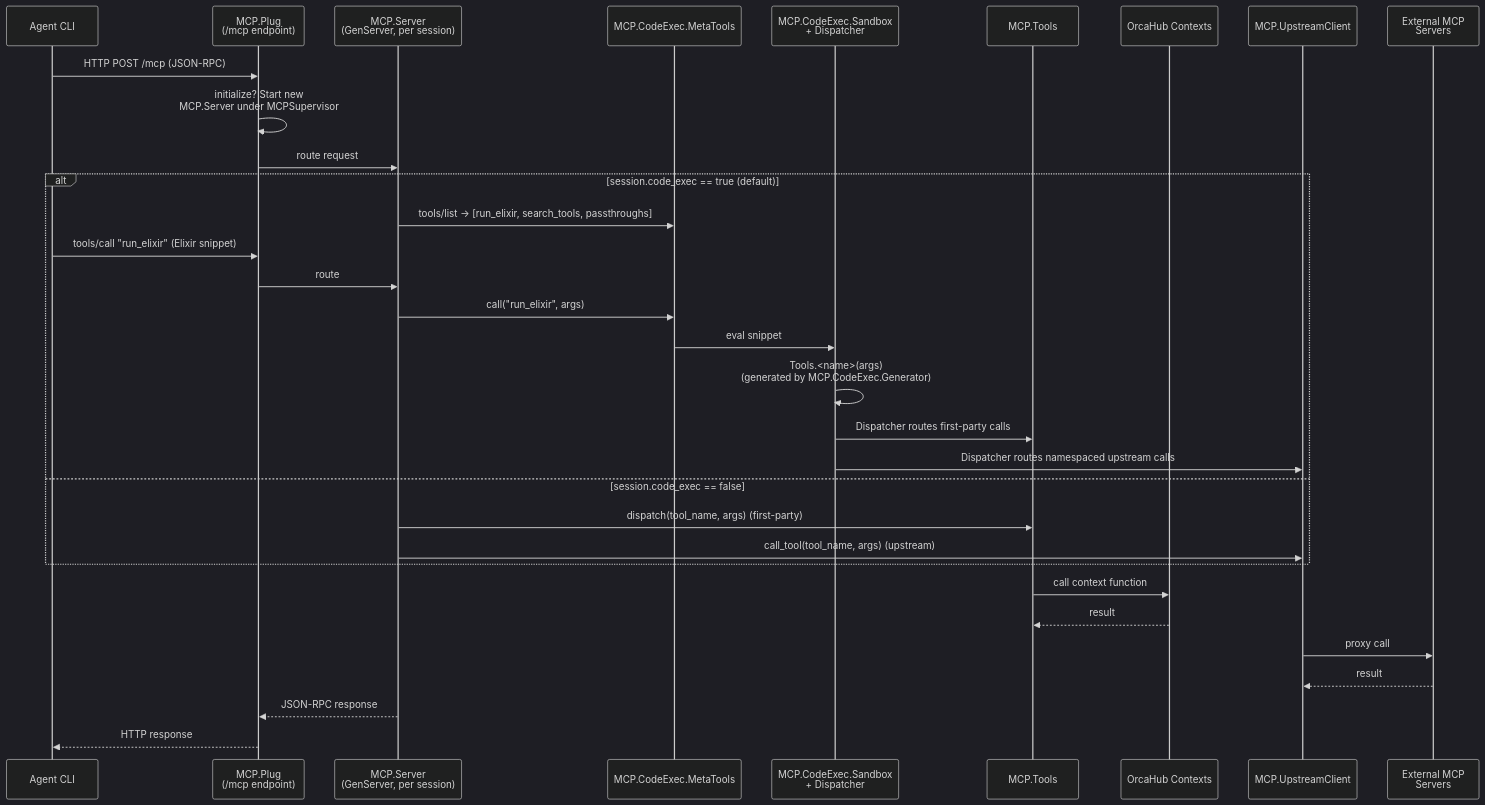
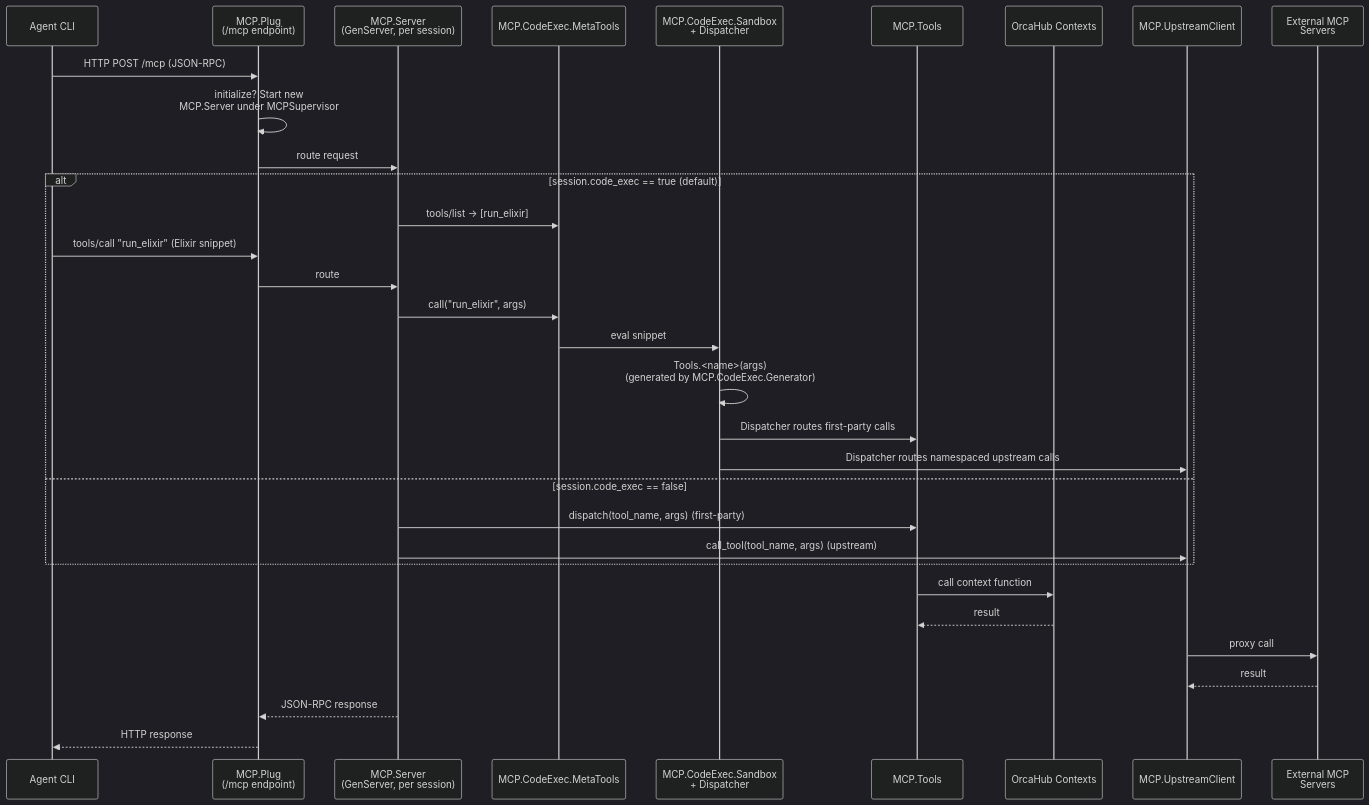
The third of 3 diagrams in .context/message-flow.md (zingbretsen/orca_hub), drawn with Mermaid (dark theme) before and after one commit. The commit also changed other lines of this file and 7 other files, not shown here.

First line of the commit message:
Refresh .context architecture docs to match current code (scheduled audit)

````diff
--- a/.context/message-flow.md
+++ b/.context/message-flow.md
@@ -149,38 +179,38 @@
 ```mermaid
 sequenceDiagram
     participant CLI as Agent CLI
     participant MCPPlug as MCP.Plug<br>(/mcp endpoint)
     participant Server as MCP.Server<br>(GenServer, per session)
     participant MetaTools as MCP.CodeExec.MetaTools
     participant Sandbox as MCP.CodeExec.Sandbox<br>+ Dispatcher
     participant Tools as MCP.Tools
     participant Context as OrcaHub Contexts
     participant UpClient as MCP.UpstreamClient
     participant Upstream as External MCP<br>Servers
 
     CLI->>MCPPlug: HTTP POST /mcp (JSON-RPC)
     MCPPlug->>MCPPlug: initialize? Start new<br>MCP.Server under MCPSupervisor
     MCPPlug->>Server: route request
 
     alt session.code_exec == true (default)
-        Server->>MetaTools: tools/list -> [run_elixir, search_tools, passthroughs]
+        Server->>MetaTools: tools/list -> [run_elixir]
         CLI->>MCPPlug: tools/call "run_elixir" (Elixir snippet)
         MCPPlug->>Server: route
         Server->>MetaTools: call("run_elixir", args)
         MetaTools->>Sandbox: eval snippet
         Sandbox->>Sandbox: Tools.<name>(args)<br>(generated by MCP.CodeExec.Generator)
         Sandbox->>Tools: Dispatcher routes first-party calls
         Sandbox->>UpClient: Dispatcher routes namespaced upstream calls
     else session.code_exec == false
         Server->>Tools: dispatch(tool_name, args) (first-party)
         Server->>UpClient: call_tool(tool_name, args) (upstream)
     end
 
     Tools->>Context: call context function
     Context-->>Tools: result
     UpClient->>Upstream: proxy call
     Upstream-->>UpClient: result
 
     Server-->>MCPPlug: JSON-RPC response
     MCPPlug-->>CLI: HTTP response
 ```
````
